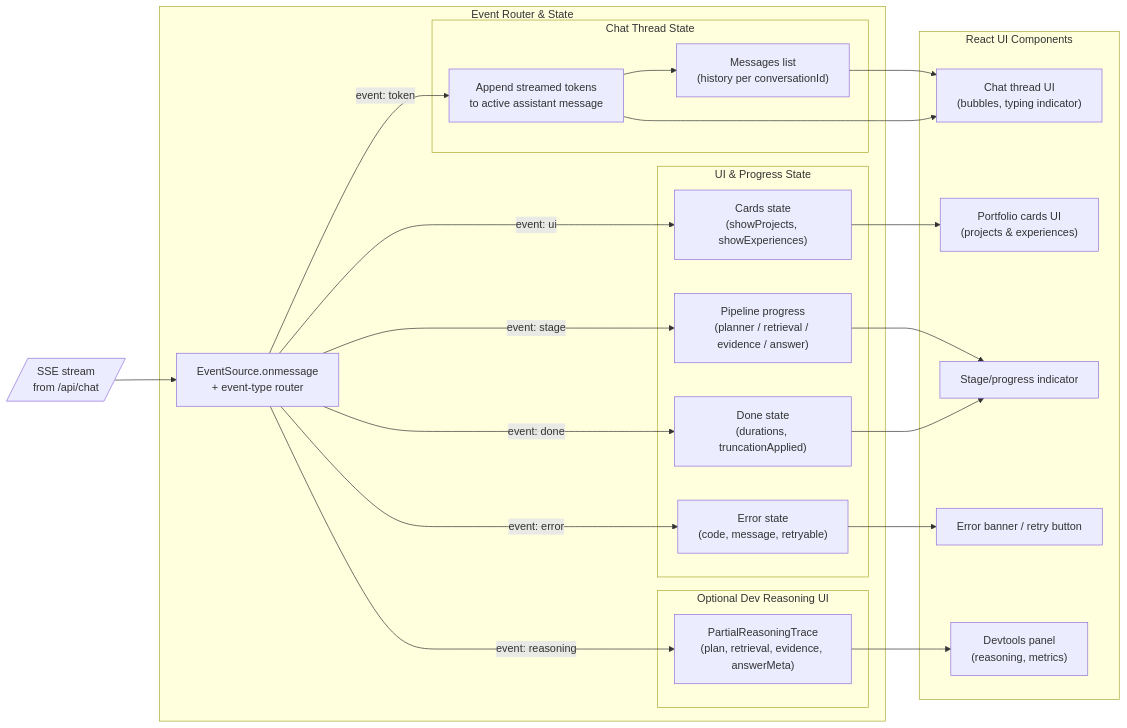
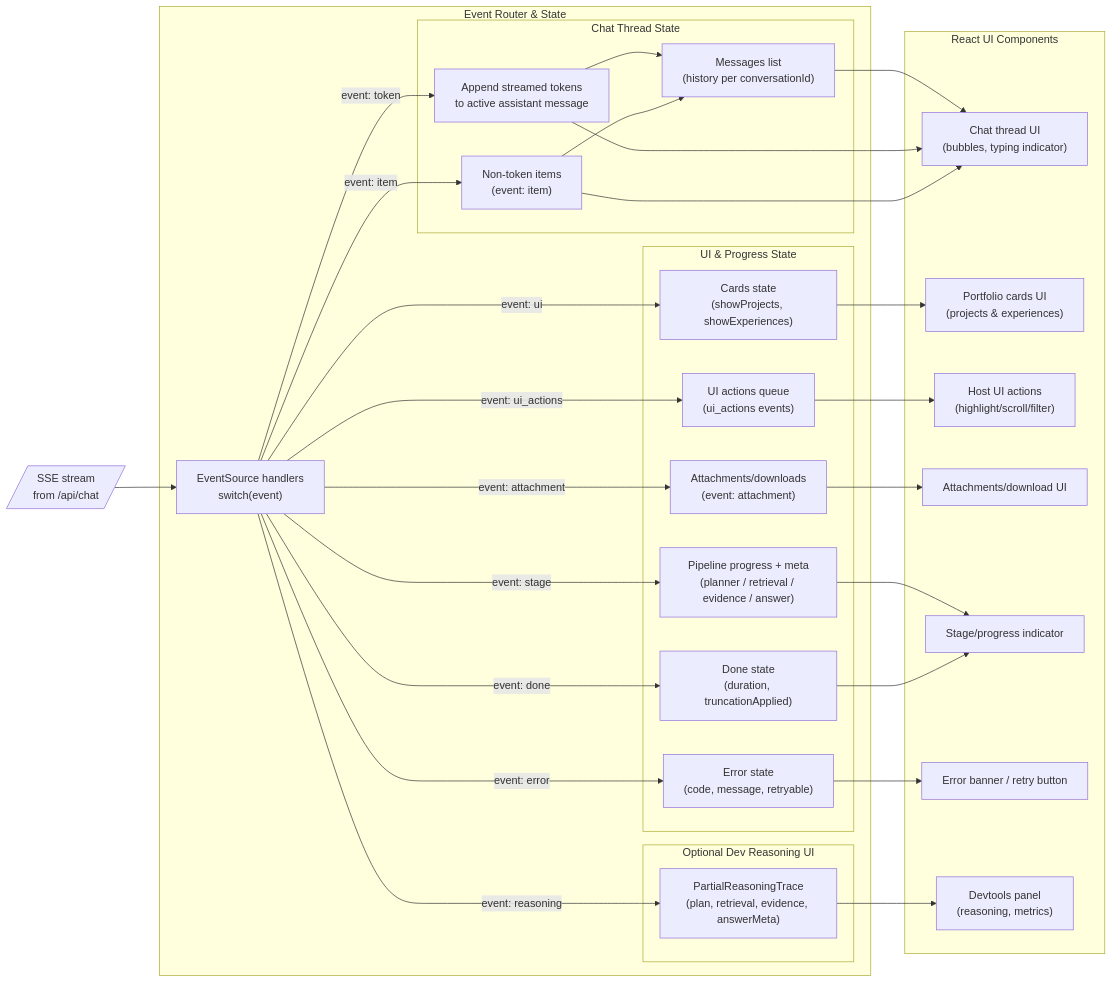
Before and after one commit to Volpestyle/portfolio: the diagram in generated-diagrams/portfolio-chat-sse-handling.mmd, drawn with Mermaid. The commit also changed 11 other files, not shown here.

First line of the commit message:
chore(diagrams): regenerate mermaid diagrams

```diff
--- a/generated-diagrams/portfolio-chat-sse-handling.mmd
+++ b/generated-diagrams/portfolio-chat-sse-handling.mmd
@@ -1,56 +1,68 @@
 %% Figure 6.1 -- Frontend SSE Event Handling
 %% Output: portfolio-chat-sse-handling.png
 flowchart LR
   %% === SSE Source ===
   SSE[/"SSE stream\nfrom /api/chat"/]
 
   subgraph ROUTER["Event Router & State"]
-    ROUTE["EventSource.onmessage\n+ event-type router"]
+    ROUTE["EventSource handlers\nswitch(event)"]
 
     subgraph CHAT_STATE["Chat Thread State"]
       TOKENS["Append streamed tokens\nto active assistant message"]
+      ITEMS["Non-token items\n(event: item)"]
       MSGS["Messages list\n(history per conversationId)"]
     end
 
     subgraph UI_STATE["UI & Progress State"]
-      STAGE["Pipeline progress\n(planner / retrieval / evidence / answer)"]
+      STAGE["Pipeline progress + meta\n(planner / retrieval / evidence / answer)"]
       CARDS["Cards state\n(showProjects, showExperiences)"]
+      ACTIONS["UI actions queue\n(ui_actions events)"]
+      ATTACH["Attachments/downloads\n(event: attachment)"]
       ERR_STATE["Error state\n(code, message, retryable)"]
-      DONE_STATE["Done state\n(durations, truncationApplied)"]
+      DONE_STATE["Done state\n(duration, truncationApplied)"]
     end
 
     subgraph DEVTOOLS["Optional Dev Reasoning UI"]
       REASON["PartialReasoningTrace\n(plan, retrieval, evidence, answerMeta)"]
     end
   end
 
   subgraph RENDER["React UI Components"]
     CHAT_UI["Chat thread UI\n(bubbles, typing indicator)"]
     CARDS_UI["Portfolio cards UI\n(projects & experiences)"]
+    ACTIONS_UI["Host UI actions\n(highlight/scroll/filter)"]
+    ATTACH_UI["Attachments/download UI"]
     PROGRESS_UI[Stage/progress indicator]
     ERROR_UI[Error banner / retry button]
     DEV_UI["Devtools panel\n(reasoning, metrics)"]
   end
 
   %% --- Wiring: SSE -> Router ---
   SSE --> ROUTE
 
   %% --- Routing by event type ---
   ROUTE -->|event: token| TOKENS
+  ROUTE -->|event: item| ITEMS
   TOKENS --> MSGS
+  ITEMS --> MSGS
 
   ROUTE -->|event: stage| STAGE
   ROUTE -->|event: ui| CARDS
+  ROUTE -->|event: ui_actions| ACTIONS
+  ROUTE -->|event: attachment| ATTACH
   ROUTE -->|event: reasoning| REASON
   ROUTE -->|event: error| ERR_STATE
   ROUTE -->|event: done| DONE_STATE
 
   %% --- State -> UI ---
   MSGS --> CHAT_UI
   TOKENS --> CHAT_UI
+  ITEMS --> CHAT_UI
   STAGE --> PROGRESS_UI
   CARDS --> CARDS_UI
+  ACTIONS --> ACTIONS_UI
+  ATTACH --> ATTACH_UI
   ERR_STATE --> ERROR_UI
   DONE_STATE --> PROGRESS_UI
 
   REASON --> DEV_UI
```
